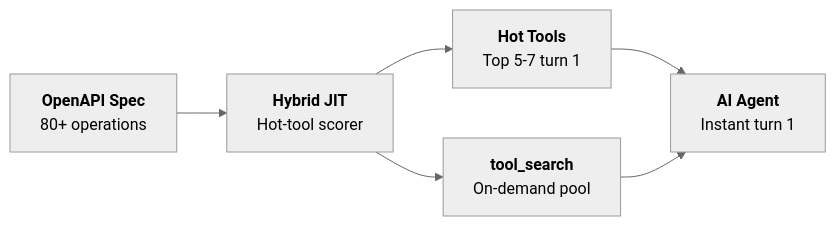
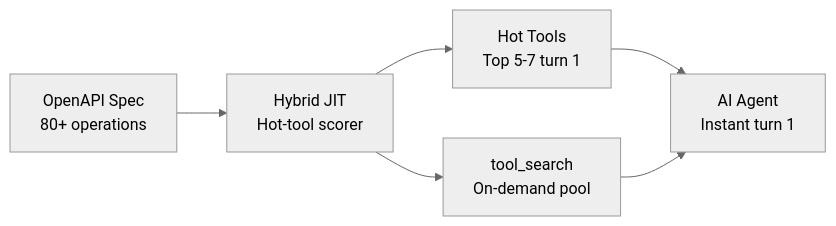
One commit to BraveRam/postmcp changed the diagram in packages/studio/content/docs/jit-router/index.mdx. Above: the diagram before and after it, drawn with Mermaid (neutral theme). The commit also changed 12 other files, not shown here.

Commit message:
docs(mermaid): fix edge statement grammar and scrub obsolete preset references across documentation

````diff
--- a/packages/studio/content/docs/jit-router/index.mdx
+++ b/packages/studio/content/docs/jit-router/index.mdx
@@ -21,9 +21,8 @@
 ```mermaid
 flowchart LR
-  Spec["<b>OpenAPI Spec</b><br/>80+ operations"]
-  --> JIT["<b>Hybrid JIT</b><br/>Hot-tool scorer"]
-  JIT --> Hot["<b>Hot Tools</b><br/>Top 5-7 turn 1"]
-  JIT --> Search["<b>tool_search</b><br/>On-demand pool"]
-  Hot --> Agent["<b>AI Agent</b><br/>Instant turn 1"]
+  Spec["OpenAPI Spec<br/>80+ operations"] --> JIT["Hybrid JIT<br/>Hot-tool scorer"]
+  JIT --> Hot["Hot Tools<br/>Top 5-7 turn 1"]
+  JIT --> Search["tool_search<br/>On-demand pool"]
+  Hot --> Agent["AI Agent<br/>Instant turn 1"]
   Search --> Agent
 ```
````
